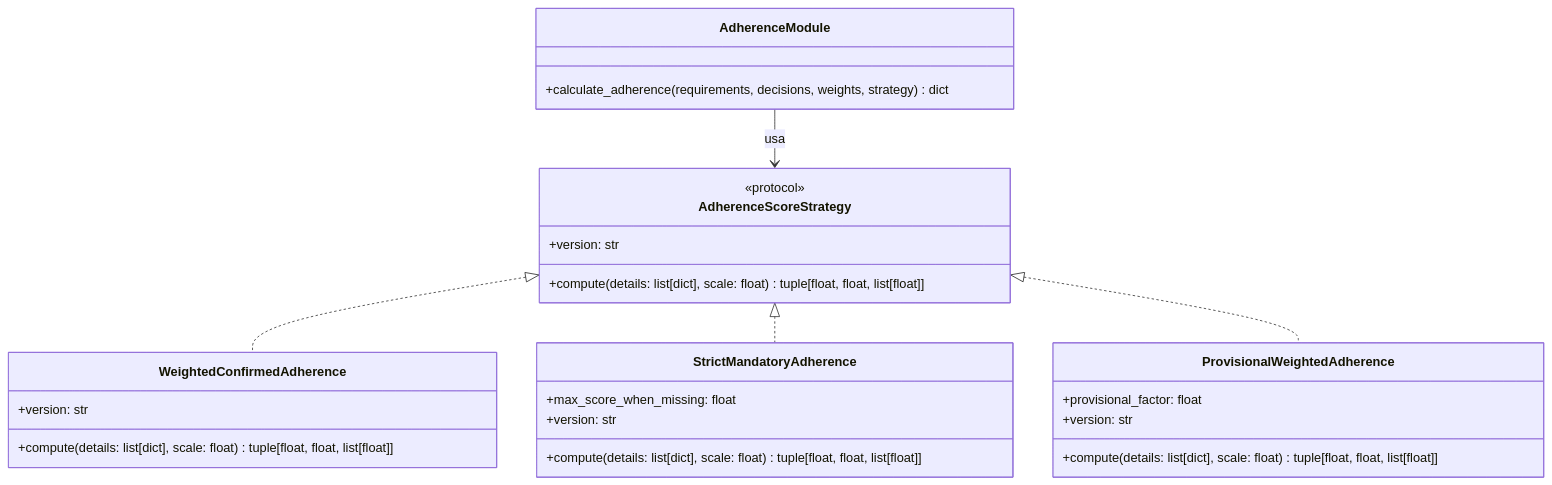
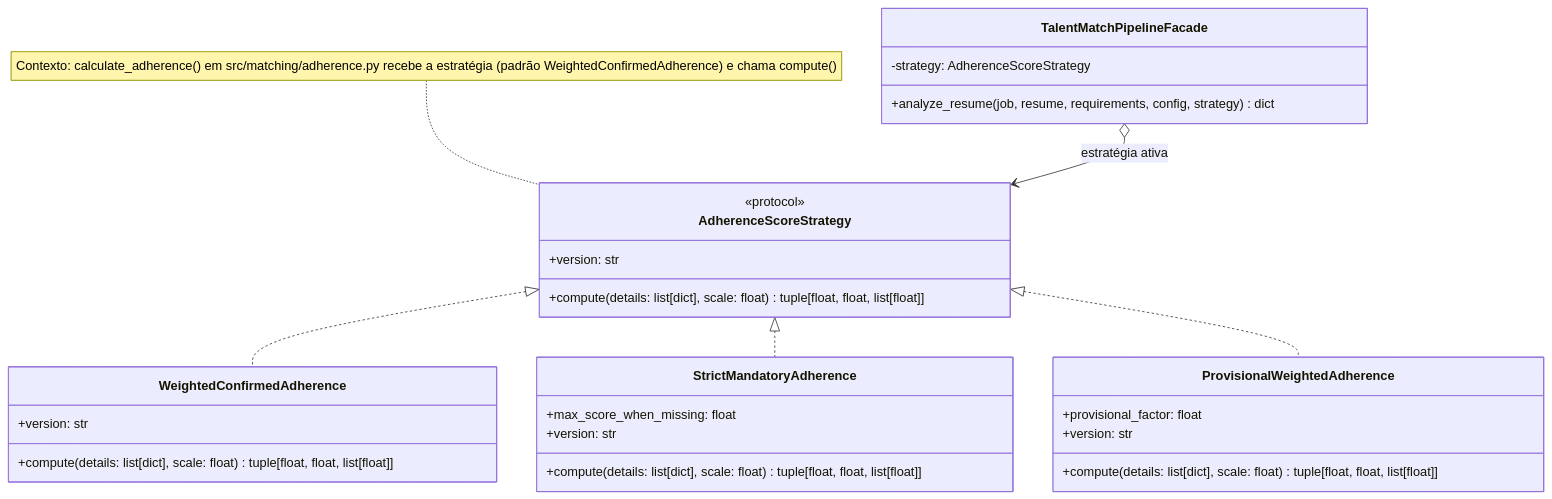
One commit to Makezuko/SI-PI6-2026-T101-G04 changed the diagram in diagrams/gof-strategy.mmd. Above: the diagram before and after it, drawn with Mermaid. The commit also changed 7 other files, not shown here.

Commit message:
docs(arquitetura): corrige C4 nível 2, diagramas GoF e conectores conforme revisão

```diff
--- a/diagrams/gof-strategy.mmd
+++ b/diagrams/gof-strategy.mmd
@@ -1,28 +1,30 @@
 classDiagram
-    class AdherenceModule {
-        +calculate_adherence(requirements, decisions, weights, strategy) dict
+    class TalentMatchPipelineFacade {
+        -strategy: AdherenceScoreStrategy
+        +analyze_resume(job, resume, requirements, config, strategy) dict
     }
     class AdherenceScoreStrategy {
         <<protocol>>
         +version: str
         +compute(details: list[dict], scale: float) tuple[float, float, list[float]]
     }
     class WeightedConfirmedAdherence {
         +version: str
         +compute(details: list[dict], scale: float) tuple[float, float, list[float]]
     }
     class StrictMandatoryAdherence {
         +max_score_when_missing: float
         +version: str
         +compute(details: list[dict], scale: float) tuple[float, float, list[float]]
     }
     class ProvisionalWeightedAdherence {
         +provisional_factor: float
         +version: str
         +compute(details: list[dict], scale: float) tuple[float, float, list[float]]
     }
 
-    AdherenceModule --> AdherenceScoreStrategy : usa
+    TalentMatchPipelineFacade o--> AdherenceScoreStrategy : estratégia ativa
     AdherenceScoreStrategy <|.. WeightedConfirmedAdherence
     AdherenceScoreStrategy <|.. StrictMandatoryAdherence
     AdherenceScoreStrategy <|.. ProvisionalWeightedAdherence
+    note for AdherenceScoreStrategy "Contexto: calculate_adherence() em src/matching/adherence.py recebe a estratégia (padrão WeightedConfirmedAdherence) e chama compute()"
```
